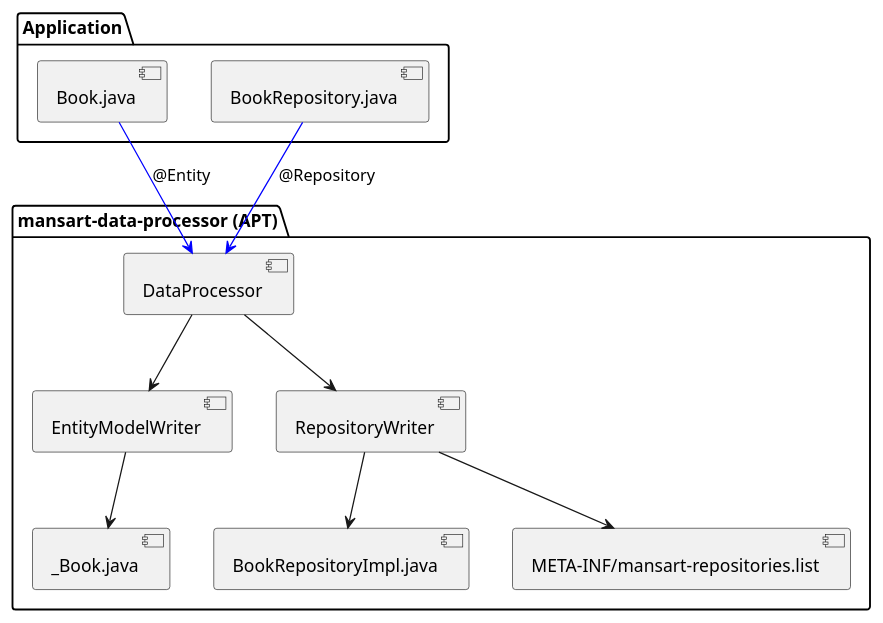
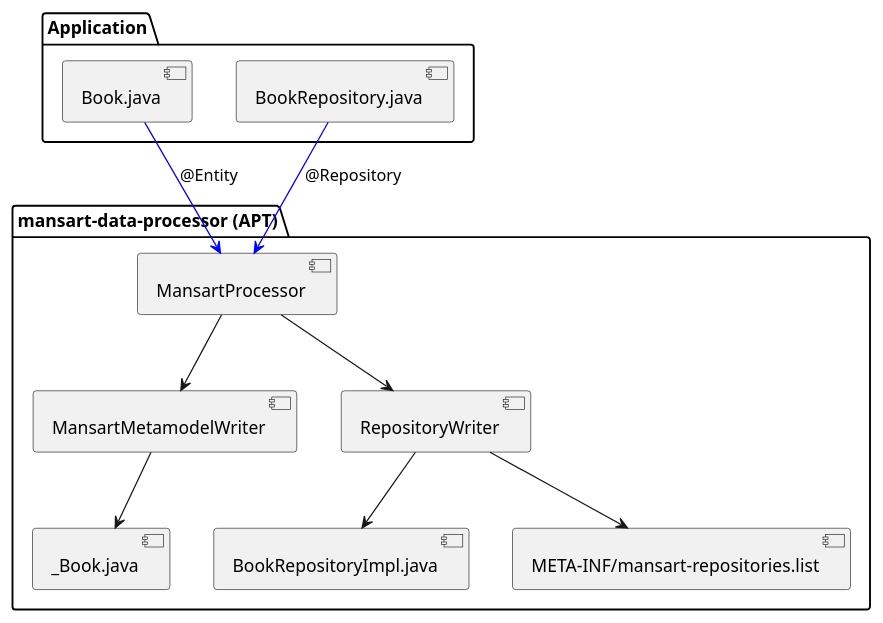
Before and after one commit to vidocq-stack/vidocq: the second of 3 diagrams in vidocq-components/vidocq-components-jakartaee/vidocq-components-jakartaee-webprofile/mansart/docs/en/modules/ROOT/pages/internals.adoc, drawn with PlantUML. The commit also changed other lines of this file and 176 other files, not shown here.

```diff
--- a/vidocq-components/vidocq-components-jakartaee/vidocq-components-jakartaee-webprofile/mansart/docs/en/modules/ROOT/pages/internals.adoc
+++ b/vidocq-components/vidocq-components-jakartaee/vidocq-components-jakartaee-webprofile/mansart/docs/en/modules/ROOT/pages/internals.adoc
@@ -110,16 +110,16 @@
 [plantuml]
 ....
 @startuml
 package "mansart-data-processor (APT)" {
-  [DataProcessor] --> [EntityModelWriter]
-  [DataProcessor] --> [RepositoryWriter]
-  [EntityModelWriter] --> [_Book.java]
+  [MansartProcessor] --> [MansartMetamodelWriter]
+  [MansartProcessor] --> [RepositoryWriter]
+  [MansartMetamodelWriter] --> [_Book.java]
   [RepositoryWriter] --> [BookRepositoryImpl.java]
   [RepositoryWriter] --> [META-INF/mansart-repositories.list]
 }
 package "Application" {
-  [Book.java] -[#blue]-> [DataProcessor] : @Entity
-  [BookRepository.java] -[#blue]-> [DataProcessor] : @Repository
+  [Book.java] -[#blue]-> [MansartProcessor] : @Entity
+  [BookRepository.java] -[#blue]-> [MansartProcessor] : @Repository
 }
 @enduml
 ....
```
